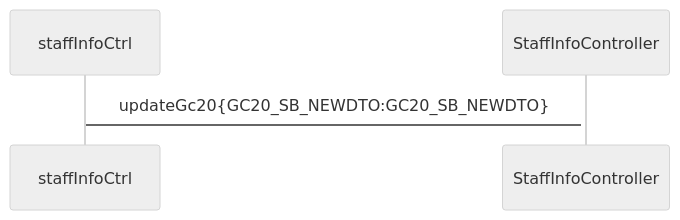
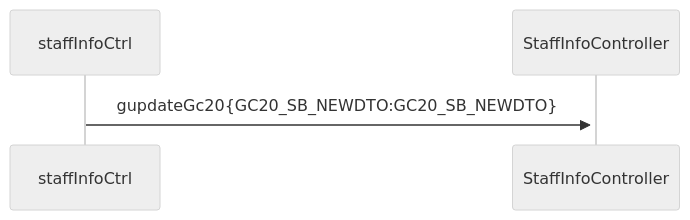
Before and after one commit to ZhangJianBeiJing/iodraw-files: the diagram in all/未命名.md, drawn with Mermaid (neutral theme).

Commit message:
2025-03-24 18:51:32 update

````diff
--- a/all/未命名.md
+++ b/all/未命名.md
@@ -1,6 +1,6 @@
 ```mermaid
 sequenceDiagram
-    staffInfoCtrl->+StaffInfoController:updateGc20{GC20_SB_NEWDTO:GC20_SB_NEWDTO}
+    staffInfoCtrl->>+StaffInfoController:gupdateGc20{GC20_SB_NEWDTO:GC20_SB_NEWDTO}
 
             
 ```
````
